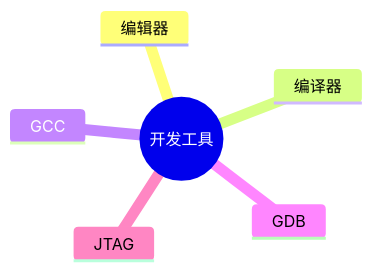
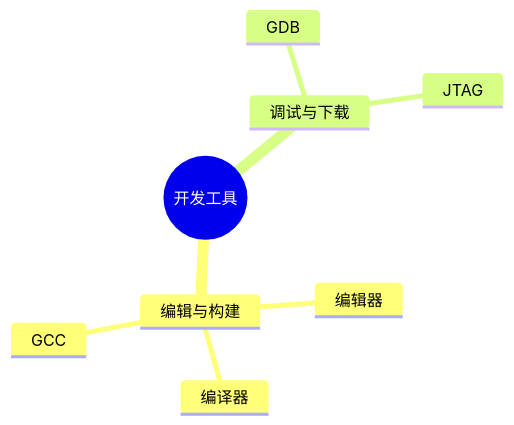
One commit to skylonely/sgao-website changed the first of 3 diagrams in docs/ruankao/system-architect/chapters/chapter-04/09-development-tools.md. Above: the diagram before and after it, drawn with Mermaid. The commit also changed other lines of this file and 39 other files, not shown here.

Commit message:
fix: Mermaid 思维导图

````diff
--- a/docs/ruankao/system-architect/chapters/chapter-04/09-development-tools.md
+++ b/docs/ruankao/system-architect/chapters/chapter-04/09-development-tools.md
@@ -35,9 +35,11 @@
 ```mermaid
 mindmap
   root((开发工具))
-    编辑器
-    编译器
-    GCC
-    GDB
-    JTAG
+    编辑与构建
+      编辑器
+      编译器
+      GCC
+    调试与下载
+      GDB
+      JTAG
 ```
````
